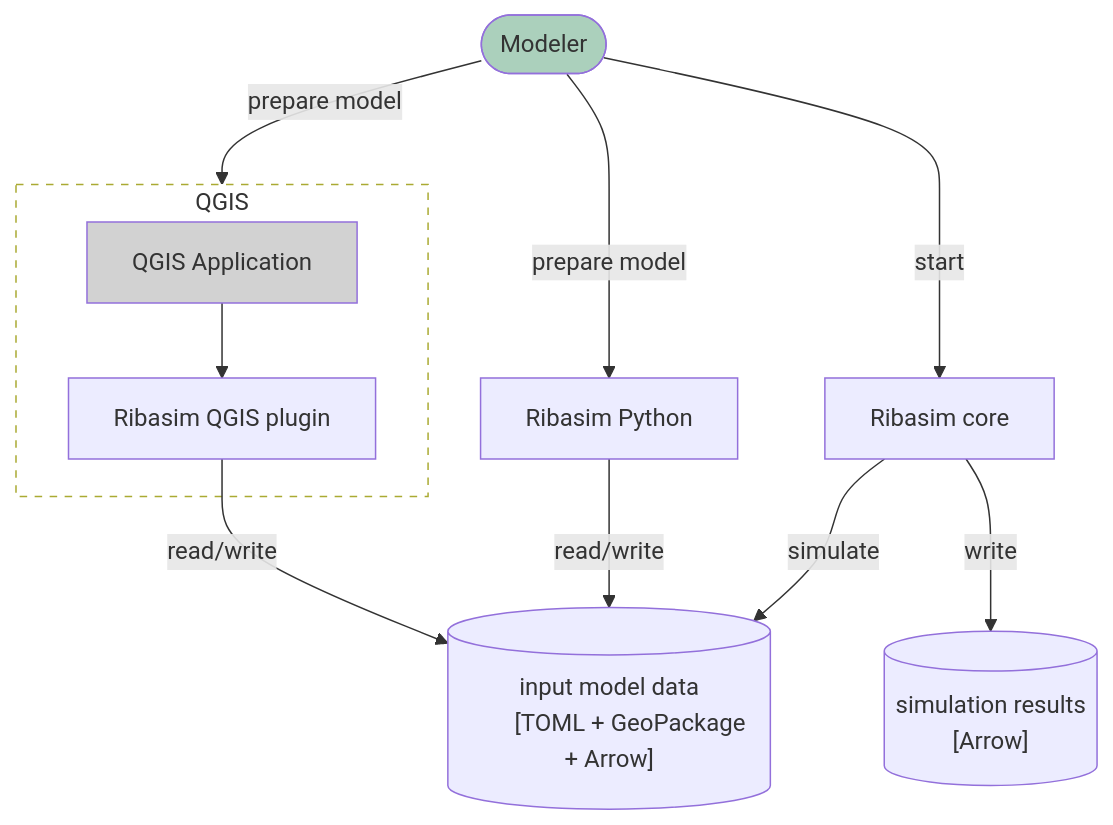
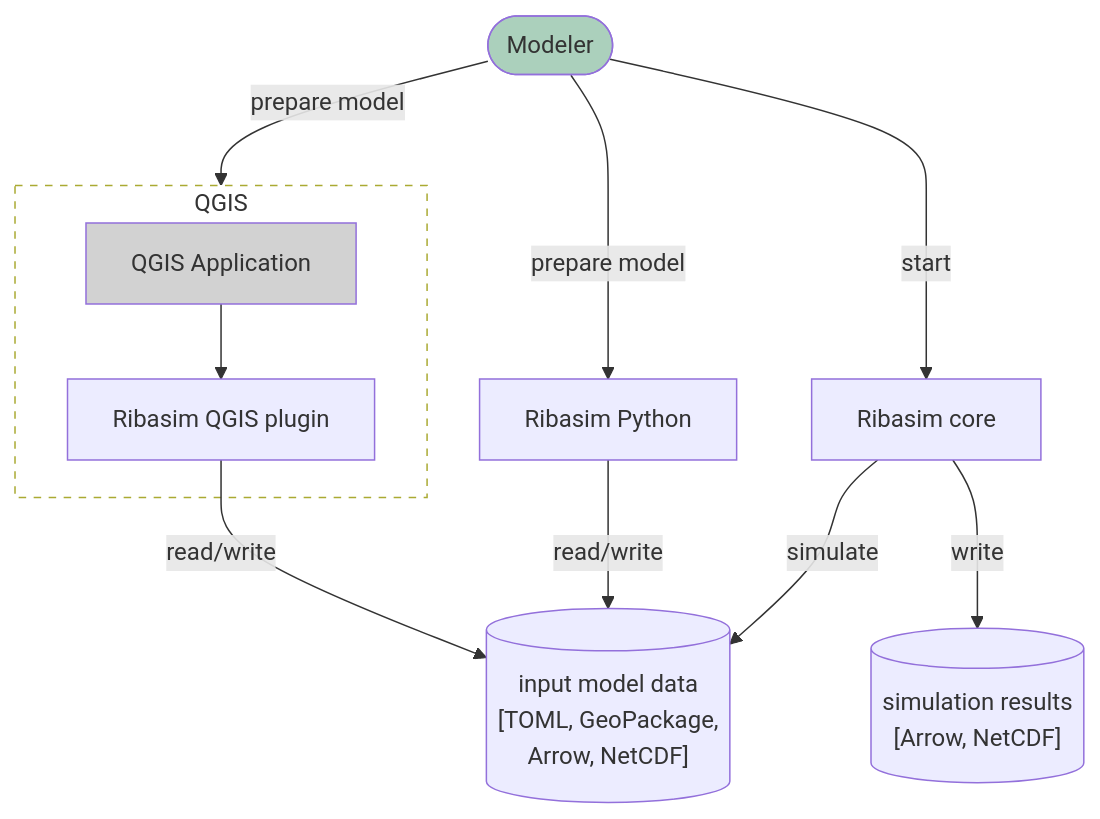
The diagram in docs/install.qmd (Deltares/Ribasim), drawn with Mermaid before and after one commit.

Commit message:
Add NetCDF to components diagram

````diff
--- a/docs/install.qmd
+++ b/docs/install.qmd
@@ -12,34 +12,35 @@
 ```{mermaid}
 flowchart TB
 modeler([Modeler]):::user
 
 python["Ribasim Python"]
 modeler-->|prepare model|python
 
 core["Ribasim core"]
 modeler-->|start|core
 
 subgraph qgisBoundary[QGIS]
     QGIS[QGIS Application]:::system_ext
     qgisPlugin["Ribasim QGIS plugin"]
     QGIS-->qgisPlugin
 end
 modeler-->|prepare model|qgisBoundary
 
 model[("input model data
-        [TOML + GeoPackage + Arrow]")]
+        [TOML, GeoPackage,
+         Arrow, NetCDF]")]
 qgisPlugin-->|read/write|model
 python-->|read/write|model
 core-->|simulate|model
 
 output[("simulation results
-         [Arrow]")]
+         [Arrow, NetCDF]")]
 core-->|write|output
 
 class qgisBoundary boundary
 
 %% class definitions for C4 model
 classDef user fill:#ABD0BC
 classDef system_ext fill:#D2D2D2
 classDef boundary fill:transparent,stroke-dasharray:5 5
 ```
````
